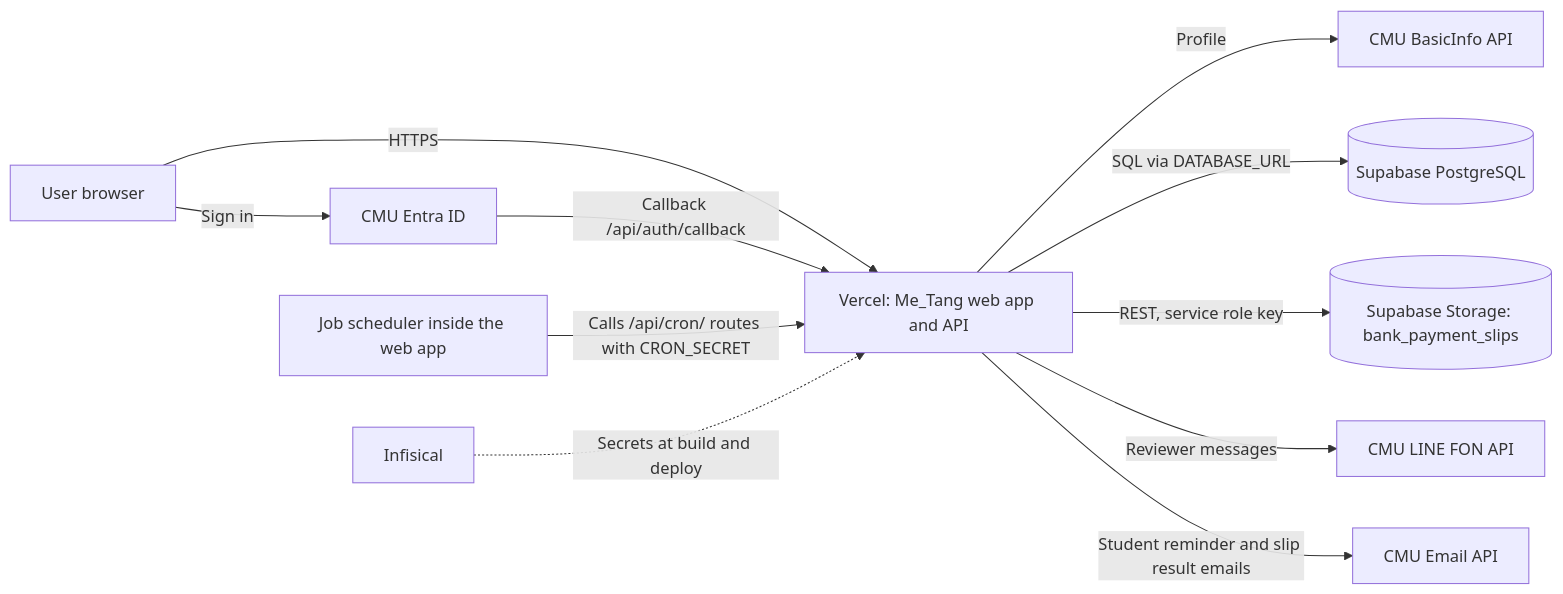
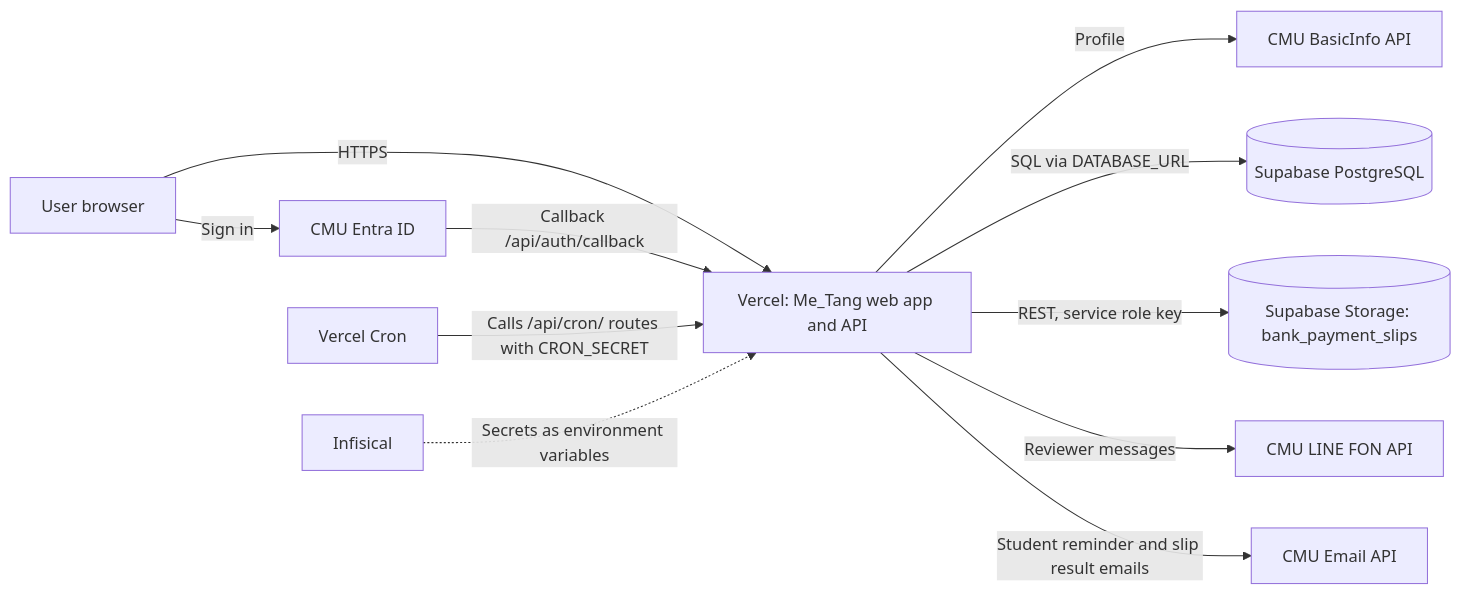
One commit to SE67-Metang-s-Project/metang changed the diagram in docs/documentation/maintenance-guide.md. Above: the diagram before and after it, drawn with Mermaid. The commit also changed other lines of this file, not shown here.

````diff
--- a/docs/documentation/maintenance-guide.md
+++ b/docs/documentation/maintenance-guide.md
@@ -83,13 +83,13 @@
 ```mermaid
 flowchart LR
   U[User browser] -->|HTTPS| V[Vercel: Me_Tang web app and API]
   U -->|Sign in| E[CMU Entra ID]
   E -->|Callback /api/auth/callback| V
   V -->|Profile| B[CMU BasicInfo API]
   V -->|SQL via DATABASE_URL| D[(Supabase PostgreSQL)]
   V -->|REST, service role key| S[(Supabase Storage: bank_payment_slips)]
-  C[Job scheduler inside the web app] -->|Calls /api/cron/ routes with CRON_SECRET| V
+  C[Vercel Cron] -->|Calls /api/cron/ routes with CRON_SECRET| V
   V -->|Reviewer messages| L[CMU LINE FON API]
   V -->|Student reminder and slip result emails| M[CMU Email API]
-  I[Infisical] -.->|Secrets at build and deploy| V
+  I[Infisical] -.->|Secrets as environment variables| V
 ```
````
